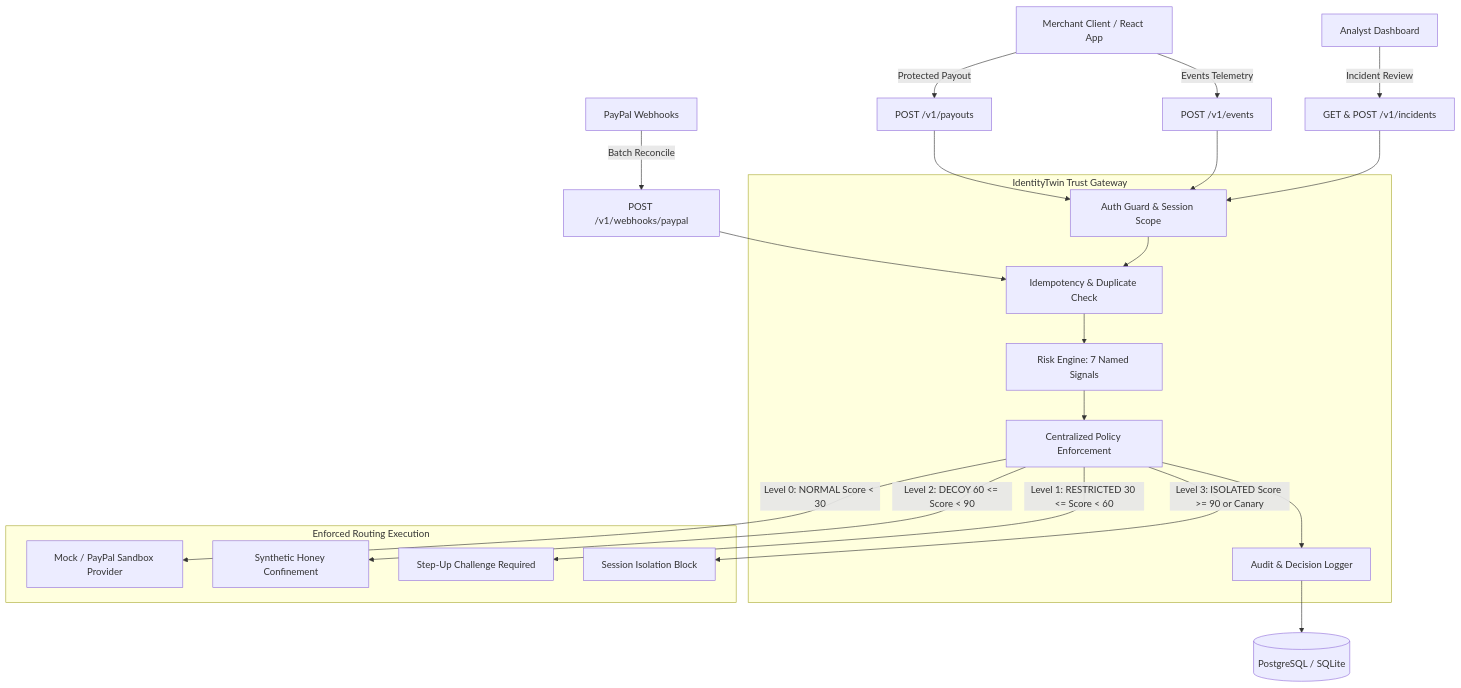
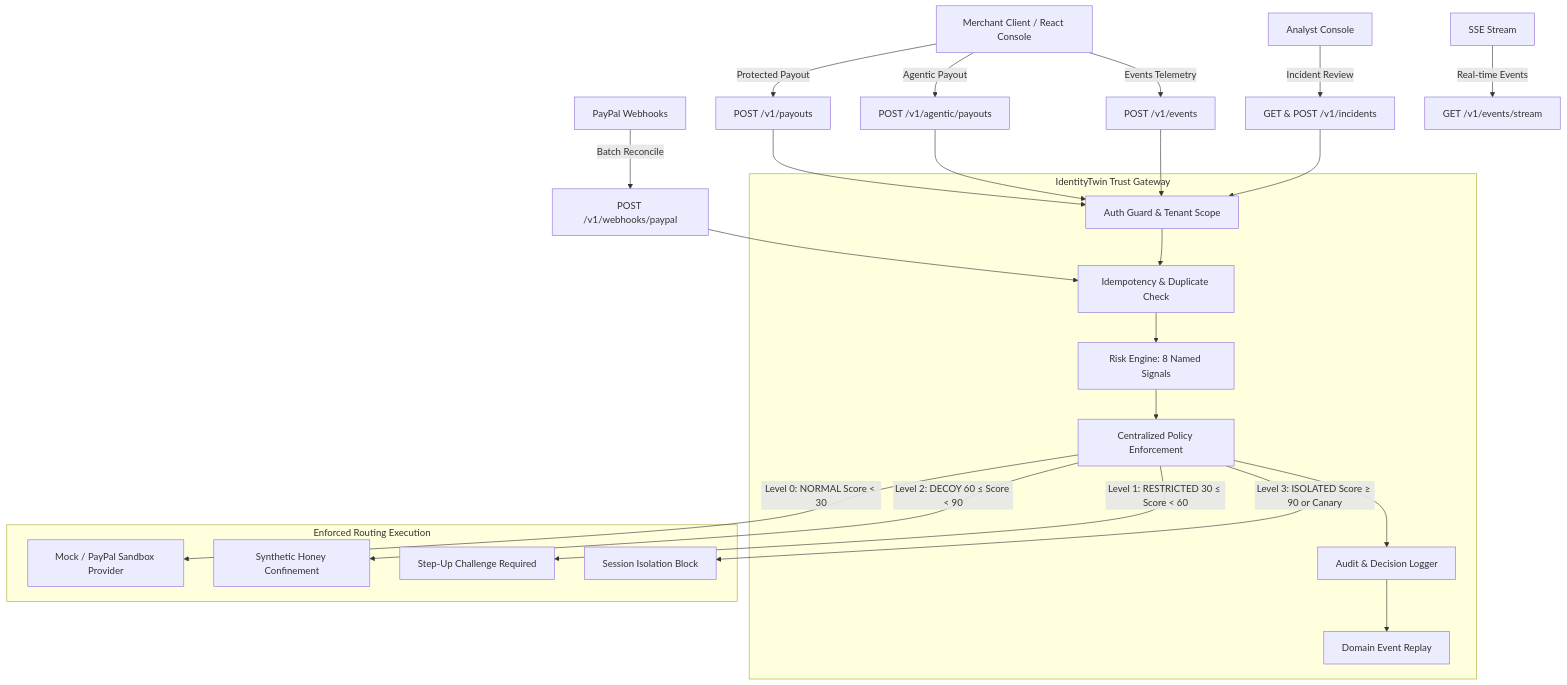
The diagram in README.md (castiel0312/IdentityTwin), drawn with Mermaid before and after one commit. The commit also changed other lines of this file and 12 other files, not shown here.

````diff
--- a/README.md
+++ b/README.md
@@ -36,36 +42,39 @@
 ```mermaid
 graph TD
-    Client[Merchant Client / React App] -->|Events Telemetry| E[POST /v1/events]
+    Client[Merchant Client / React Console] -->|Events Telemetry| E[POST /v1/events]
     Client -->|Protected Payout| P[POST /v1/payouts]
-    Analyst[Analyst Dashboard] -->|Incident Review| I[GET & POST /v1/incidents]
+    Client -->|Agentic Payout| AP[POST /v1/agentic/payouts]
+    Analyst[Analyst Console] -->|Incident Review| I[GET & POST /v1/incidents]
     PayPal[PayPal Webhooks] -->|Batch Reconcile| W[POST /v1/webhooks/paypal]
+    SSE[SSE Stream] -->|Real-time Events| ES[GET /v1/events/stream]
 
     subgraph TrustGateway[IdentityTwin Trust Gateway]
-        Auth[Auth Guard & Session Scope]
+        Auth[Auth Guard & Tenant Scope]
         Idem[Idempotency & Duplicate Check]
-        Risk[Risk Engine: 7 Named Signals]
+        Risk[Risk Engine: 8 Named Signals]
         Policy[Centralized Policy Enforcement]
         Audit[Audit & Decision Logger]
+        Replay[Domain Event Replay]
     end
 
     P --> Auth
+    AP --> Auth
     E --> Auth
     I --> Auth
     W --> Idem
 
     Auth --> Idem --> Risk --> Policy --> Audit
+    Audit --> Replay
 
     subgraph ExecutionDestinations[Enforced Routing Execution]
         Prov[Mock / PayPal Sandbox Provider]
         Decoy[Synthetic Honey Confinement]
         Rej[Step-Up Challenge Required]
         Block[Session Isolation Block]
     end
 
     Policy -->|Level 0: NORMAL Score < 30| Prov
-    Policy -->|Level 1: RESTRICTED 30 <= Score < 60| Rej
-    Policy -->|Level 2: DECOY 60 <= Score < 90| Decoy
-    Policy -->|Level 3: ISOLATED Score >= 90 or Canary| Block
-
-    Audit --> DB[(PostgreSQL / SQLite)]
+    Policy -->|Level 1: RESTRICTED 30 ≤ Score < 60| Rej
+    Policy -->|Level 2: DECOY 60 ≤ Score < 90| Decoy
+    Policy -->|Level 3: ISOLATED Score ≥ 90 or Canary| Block
 ```
````
